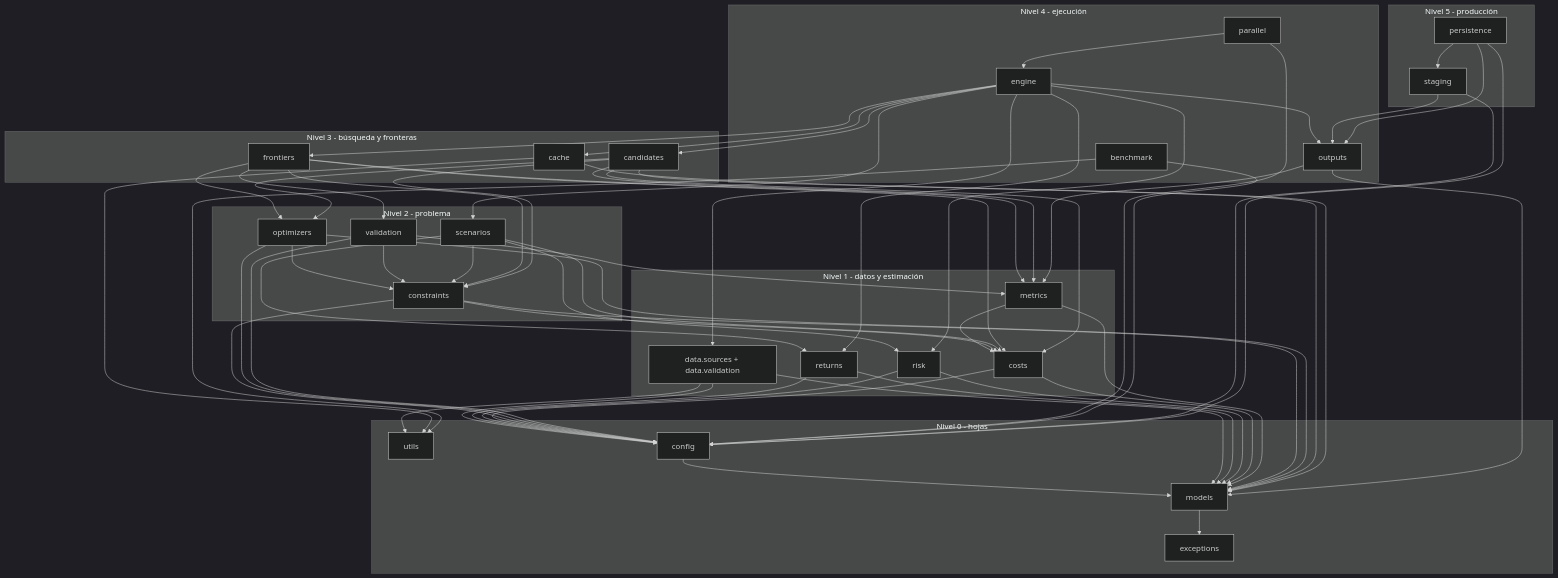
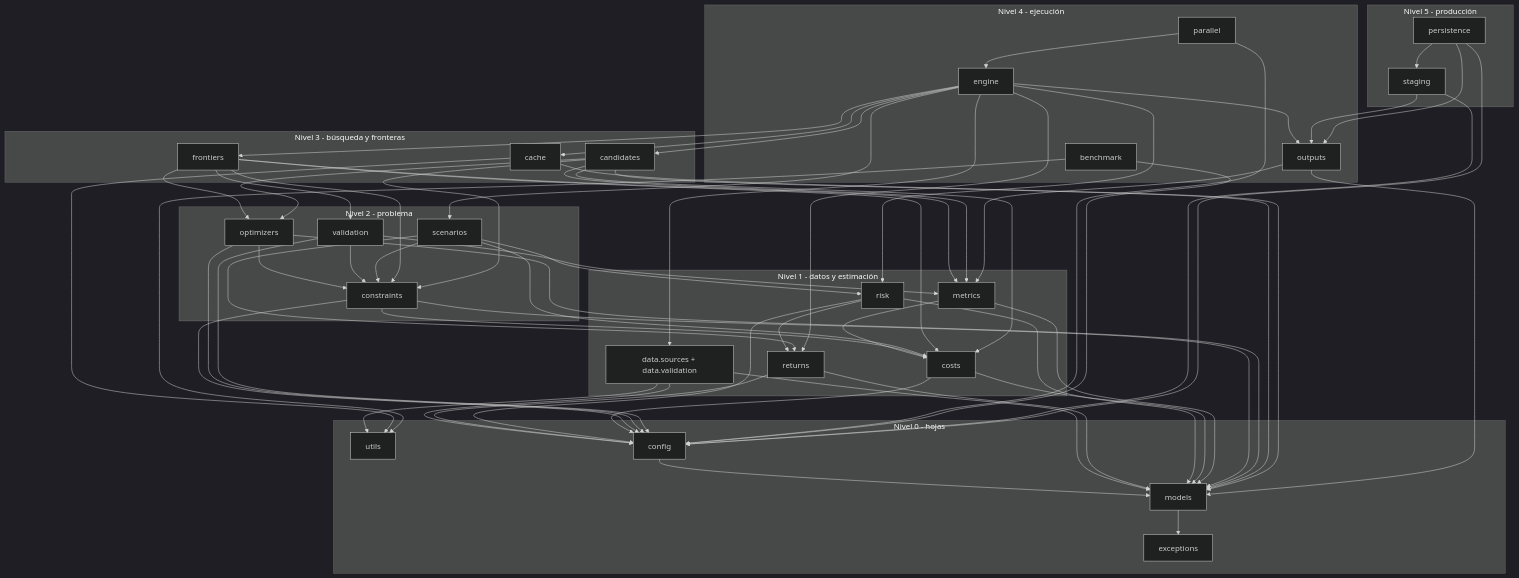
Before and after one commit to DarioJara/portfolio-optimization-engine: the first of 2 diagrams in ARCHITECTURE.md, drawn with Mermaid (dark theme). The commit also changed other lines of this file and 4 other files, not shown here.

````diff
--- a/ARCHITECTURE.md
+++ b/ARCHITECTURE.md
@@ -291,58 +323,58 @@
 ```mermaid
 flowchart TD
     subgraph L0[Nivel 0 - hojas]
         EXC[exceptions]
         UTL[utils]
         CFG[config]
         MOD[models]
     end
     subgraph L1[Nivel 1 - datos y estimación]
         DAT[data.sources + data.validation]
         RET[returns]
         RSK[risk]
         CST[costs]
         MET[metrics]
     end
     subgraph L2[Nivel 2 - problema]
         CON[constraints]
         OPT[optimizers]
         VAL[validation]
         SCN[scenarios]
     end
     subgraph L3[Nivel 3 - búsqueda y fronteras]
         FRN[frontiers]
         CAN[candidates]
         CCH[cache]
     end
     subgraph L4[Nivel 4 - ejecución]
         OUT[outputs]
         ENG[engine]
         PAR[parallel]
         BEN[benchmark]
     end
     subgraph L5[Nivel 5 - producción]
         STG[staging]
         PER[persistence]
     end
 
     CFG --> MOD
     MOD --> EXC
     DAT --> MOD & CFG & UTL
     RET --> MOD & CFG
-    RSK --> MOD & CFG
+    RSK --> MOD & CFG & RET
     CST --> MOD & CFG
     MET --> CST & MOD
     CON --> MOD & CFG & CST
     OPT --> MOD & CFG & CON
     VAL --> CON & MET & CFG
     SCN --> RSK & RET & CST & CON
     FRN --> OPT & VAL & MET & CON & CST
     CAN --> CON & MET & CST & MOD & OPT
     CCH --> MOD & UTL
     OUT --> MOD & MET
     ENG --> FRN & CAN & SCN & CCH & OUT & DAT & RET & RSK
     PAR --> ENG & CFG
     BEN --> UTL & CFG
     STG --> OUT & CFG
     PER --> STG & OUT & CFG
 ```
````
